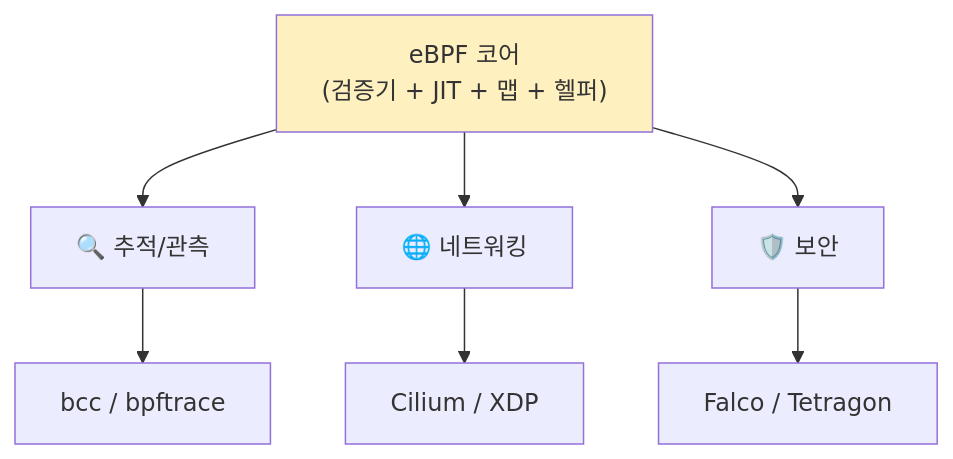
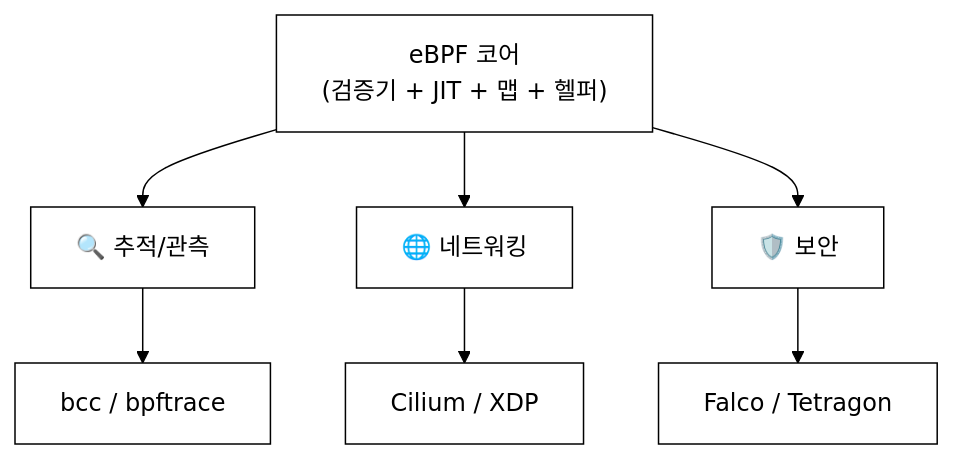
One commit to iamywl/ebpf-lab changed the third of 5 diagrams in docs/lecture/03주차_BPF에서_eBPF로_역사와_등장배경.md. Above: the diagram before and after it, drawn with Mermaid. The commit also changed other lines of this file and 33 other files, not shown here.

First line of the commit message:
강의자료: 다이어그램 흑백(논문 스타일) 통일 + 실제 실행 스크린샷 삽입

````diff
--- a/docs/lecture/03주차_BPF에서_eBPF로_역사와_등장배경.md
+++ b/docs/lecture/03주차_BPF에서_eBPF로_역사와_등장배경.md
@@ -84,11 +86,12 @@
 ```mermaid
+%%{init: {"theme":"base","themeVariables":{"background":"#ffffff","primaryColor":"#ffffff","primaryBorderColor":"#000000","primaryTextColor":"#000000","secondaryColor":"#ffffff","secondaryBorderColor":"#000000","secondaryTextColor":"#000000","tertiaryColor":"#ffffff","tertiaryBorderColor":"#000000","tertiaryTextColor":"#000000","lineColor":"#000000","textColor":"#000000","mainBkg":"#ffffff","secondBkg":"#ffffff","clusterBkg":"#ffffff","clusterBorder":"#000000","edgeLabelBackground":"#ffffff","nodeBorder":"#000000","defaultLinkColor":"#000000","titleColor":"#000000","actorBkg":"#ffffff","actorBorder":"#000000","actorTextColor":"#000000","actorLineColor":"#000000","signalColor":"#000000","signalTextColor":"#000000","labelBoxBkgColor":"#ffffff","labelBoxBorderColor":"#000000","labelTextColor":"#000000","loopTextColor":"#000000","noteBkgColor":"#ffffff","noteBorderColor":"#000000","noteTextColor":"#000000","activationBkgColor":"#ffffff","activationBorderColor":"#000000","sequenceNumberColor":"#000000","cScale0":"#ffffff","cScale1":"#ffffff","cScale2":"#ffffff","cScale3":"#ffffff","cScale4":"#ffffff","cScale5":"#ffffff","cScale6":"#ffffff","cScale7":"#ffffff","cScale8":"#ffffff","cScale9":"#ffffff","cScale10":"#ffffff","cScale11":"#ffffff","cScaleLabel0":"#000000","cScaleLabel1":"#000000","cScaleLabel2":"#000000","cScaleLabel3":"#000000","cScaleLabel4":"#000000","cScaleLabel5":"#000000","cScaleLabel6":"#000000","cScaleLabel7":"#000000","cScaleLabel8":"#000000","cScaleLabel9":"#000000","cScaleLabel10":"#000000","cScaleLabel11":"#000000","pie1":"#ffffff","pie2":"#eeeeee","pie3":"#dddddd","pie4":"#cccccc","fontFamily":"Georgia, serif"}}}%%
 flowchart TB
     Core["eBPF 코어\n(검증기 + JIT + 맵 + 헬퍼)"]
     Core --> Tr["🔍 추적/관측"]
     Core --> Net["🌐 네트워킹"]
     Core --> Sec["🛡️ 보안"]
     Tr --> bcc["bcc / bpftrace"]
     Net --> Cil["Cilium / XDP"]
     Sec --> Fal["Falco / Tetragon"]
-    style Core fill:#fff0c0
+    style Core fill:#ffffff
 ```
````
